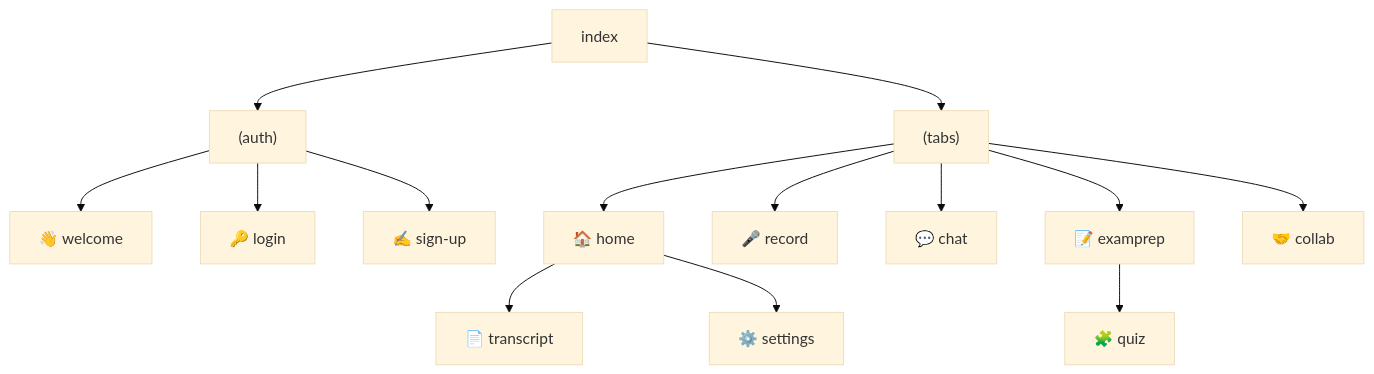
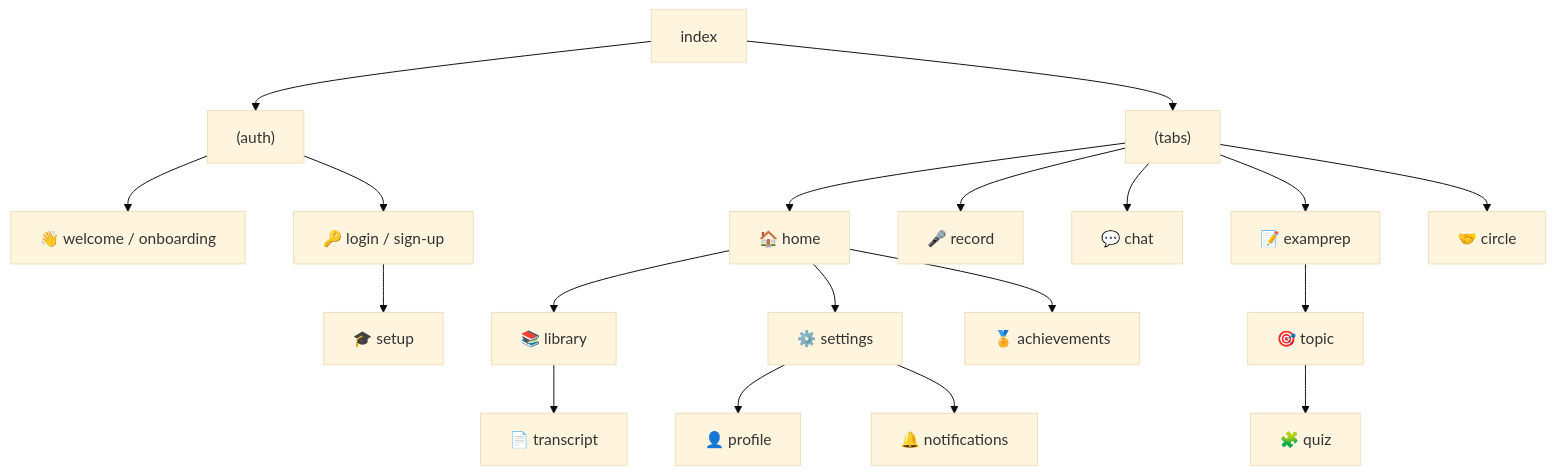
One commit to Cleveft-Project/cleveft-frontend changed the diagram in README.md. Above: the diagram before and after it, drawn with Mermaid (base theme). The commit also changed other lines of this file, not shown here.

````diff
--- a/README.md
+++ b/README.md
@@ -29,16 +29,18 @@
 ```mermaid
 flowchart TD
     I["index"] --> AU["(auth)"]
     I --> TB["(tabs)"]
-    AU --> W["👋 welcome"]
-    AU --> L["🔑 login"]
-    AU --> SU["✍️ sign-up"]
+    AU --> W["👋 welcome / onboarding"]
+    AU --> L["🔑 login / sign-up"]
+    L --> SE["🎓 setup"]
     TB --> H["🏠 home"]
     TB --> R["🎤 record"]
     TB --> CH["💬 chat"]
     TB --> EP["📝 examprep"]
-    TB --> CO["🤝 collab"]
-    H --> TR["📄 transcript"]
-    EP --> QZ["🧩 quiz"]
-    H --> ST["⚙️ settings"]
+    TB --> CO["🤝 circle"]
+    H --> LB["📚 library"] --> TR["📄 transcript"]
+    EP --> TP["🎯 topic"] --> QZ["🧩 quiz"]
+    H --> AC["🏅 achievements"]
+    H --> ST["⚙️ settings"] --> PR["👤 profile"]
+    ST --> NO["🔔 notifications"]
 ```
````
